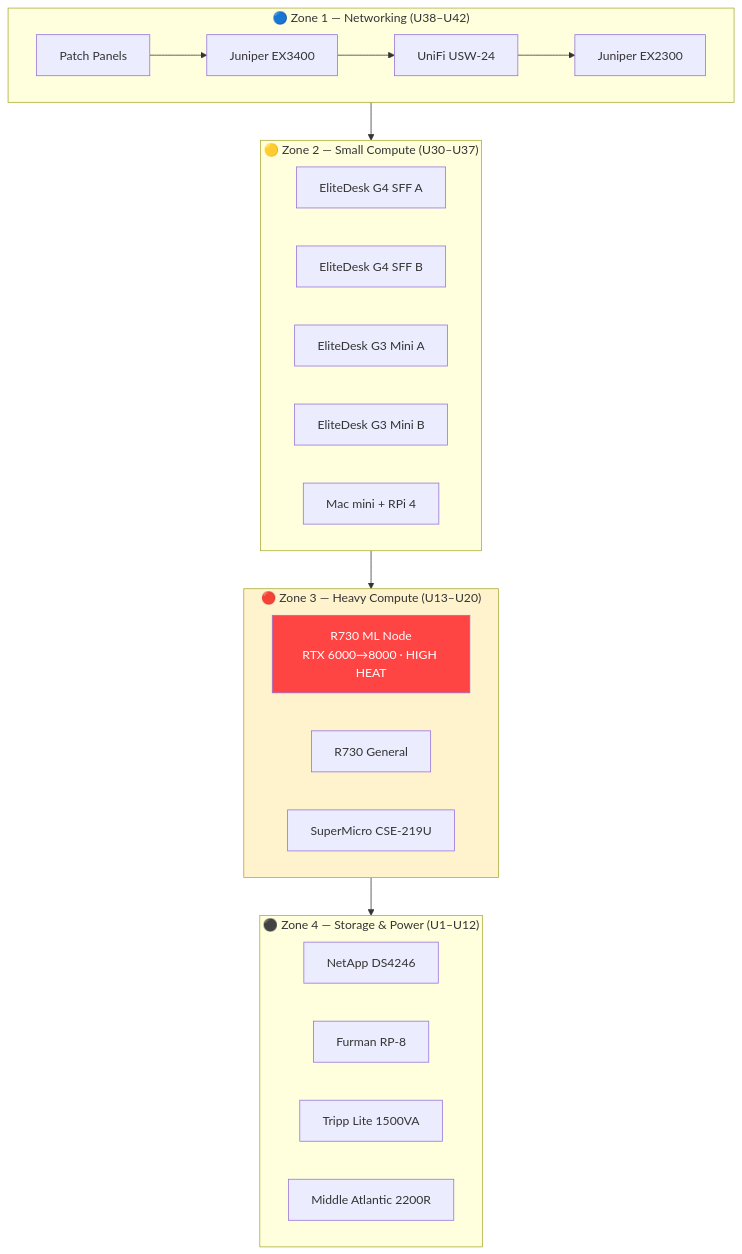
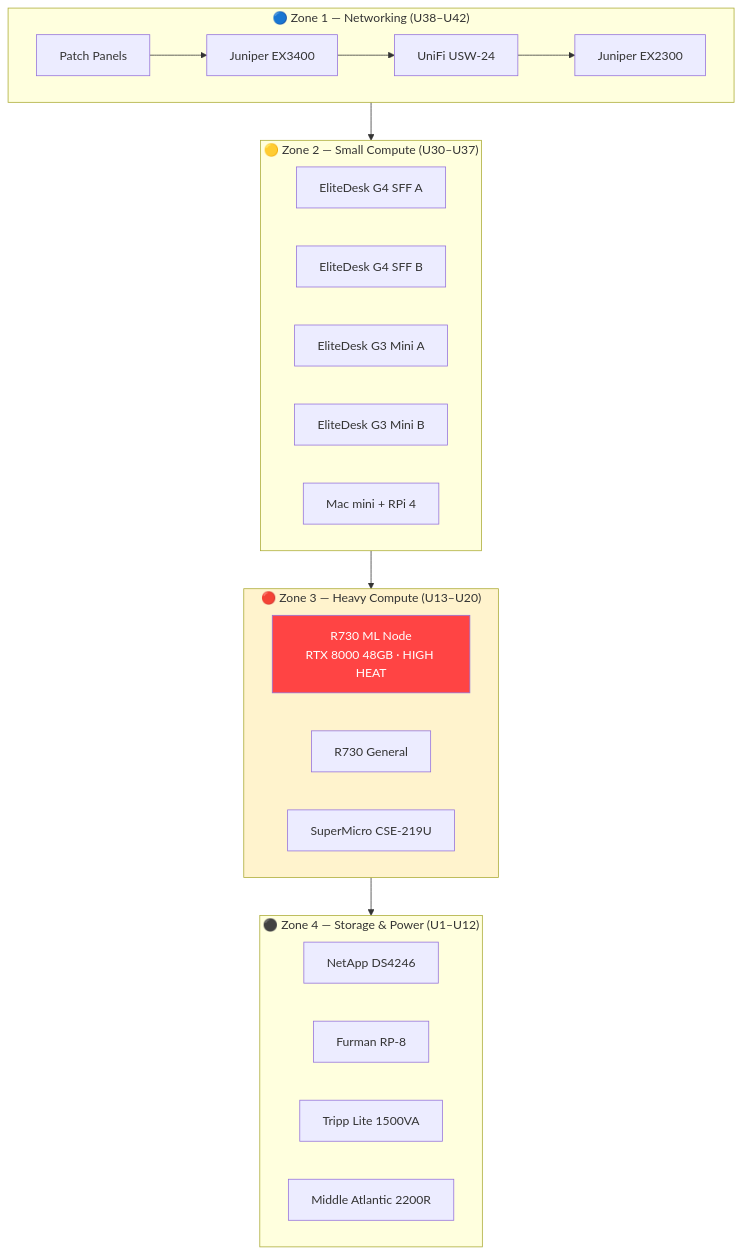
The diagram in Vaults/homelab-vault/Rack Layout.md (machismo0311/dotfiles), drawn with Mermaid before and after one commit. The commit also changed other lines of this file and 8 other files, not shown here.

````diff
--- a/Vaults/homelab-vault/Rack Layout.md
+++ b/Vaults/homelab-vault/Rack Layout.md
@@ -74,33 +74,33 @@
 ```mermaid
 flowchart TB
     subgraph TOP["🔵 Zone 1 — Networking (U38–U42)"]
         P1[Patch Panels] --> EX3400[Juniper EX3400]
         EX3400 --> USW[UniFi USW-24]
         USW --> EX2300[Juniper EX2300]
     end
 
     subgraph MID_HIGH["🟡 Zone 2 — Small Compute (U30–U37)"]
         G4A[EliteDesk G4 SFF A] 
         G4B[EliteDesk G4 SFF B]
         G3A[EliteDesk G3 Mini A]
         G3B[EliteDesk G3 Mini B]
         MAC[Mac mini + RPi 4]
     end
 
     subgraph MID_LOW["🔴 Zone 3 — Heavy Compute (U13–U20)"]
-        R730ML[R730 ML Node\nRTX 6000→8000 · HIGH HEAT]
+        R730ML[R730 ML Node\nRTX 8000 48GB · HIGH HEAT]
         R730GEN[R730 General]
         SM[SuperMicro CSE-219U]
     end
 
     subgraph BOTTOM["⚫ Zone 4 — Storage & Power (U1–U12)"]
         DS4246[NetApp DS4246]
         FURMAN[Furman RP-8]
         UPS_A[Tripp Lite 1500VA]
         UPS_B[Middle Atlantic 2200R]
     end
 
     TOP --> MID_HIGH --> MID_LOW --> BOTTOM
     style R730ML fill:#ff4444,color:#fff
     style MID_LOW fill:#fff3cd
 ```
````
